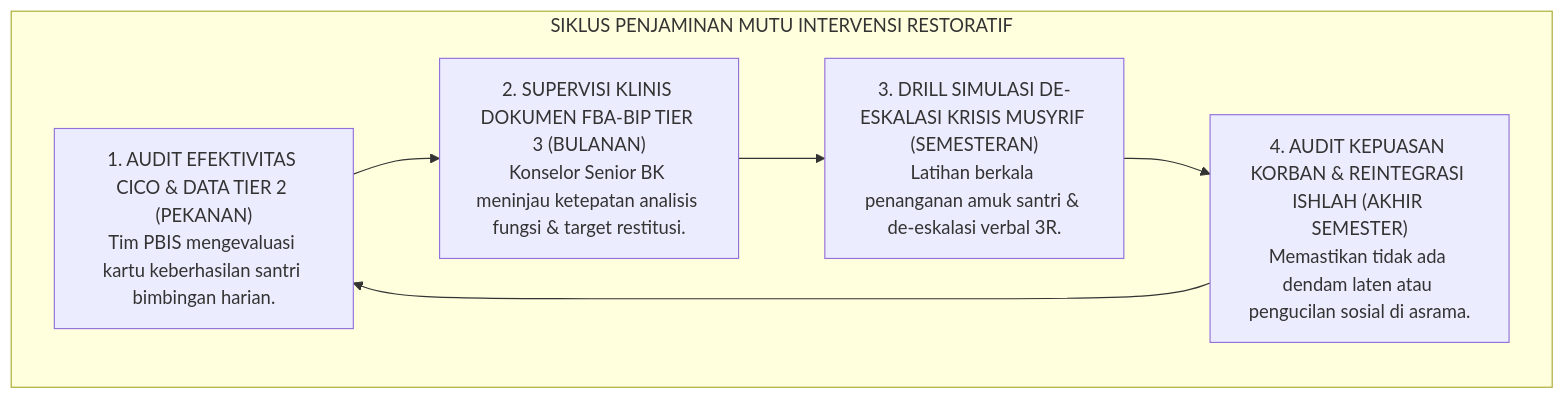
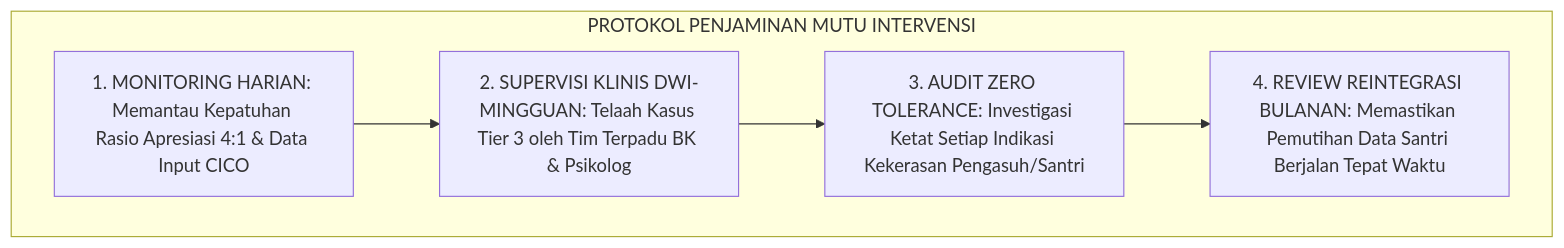
Before and after one commit to wandiapriliyandi/tumbuh: the third of 3 diagrams in 02 Principles/06 Intervention Principles/P2-06-07-Sintesis-Intervention-Principles-TUMBUH.md, drawn with Mermaid. The commit also changed other lines of this file and 7 other files, not shown here.

````diff
--- a/02 Principles/06 Intervention Principles/P2-06-07-Sintesis-Intervention-Principles-TUMBUH.md
+++ b/02 Principles/06 Intervention Principles/P2-06-07-Sintesis-Intervention-Principles-TUMBUH.md
@@ -181,14 +164,9 @@
 ```mermaid
 flowchart TD
-    subgraph SiklusPenjaminanMutuIntervensiTUMBUH["SIKLUS PENJAMINAN MUTU INTERVENSI RESTORATIF"]
-        AuditCICO["1. AUDIT EFEKTIVITAS CICO & DATA TIER 2 (PEKANAN)<br/>Tim PBIS mengevaluasi kartu keberhasilan santri bimbingan harian."]
-        
-        SupervisiFBA["2. SUPERVISI KLINIS DOKUMEN FBA-BIP TIER 3 (BULANAN)<br/>Konselor Senior BK meninjau ketepatan analisis fungsi & target restitusi."]
-        
-        SimulasiDeEskalasi["3. DRILL SIMULASI DE-ESKALASI KRISIS MUSYRIF (SEMESTERAN)<br/>Latihan berkala penanganan amuk santri & de-eskalasi verbal 3R."]
-        
-        AuditRestoratif["4. AUDIT KEPUASAN KORBAN & REINTEGRASI ISHLAH (AKHIR SEMESTER)<br/>Memastikan tidak ada dendam laten atau pengucilan sosial di asrama."]
-        
-        AuditCICO --> SupervisiFBA --> SimulasiDeEskalasi --> AuditRestoratif --> AuditCICO
+    subgraph ProtokolQualityAssuranceIntervensi["PROTOKOL PENJAMINAN MUTU INTERVENSI"]
+        MonitoringLogbookPBIS["1. MONITORING HARIAN: Memantau Kepatuhan Rasio Apresiasi 4:1 & Data Input CICO"]
+        --> SupervisiKlinisBK["2. SUPERVISI KLINIS DWI-MINGGUAN: Telaah Kasus Tier 3 oleh Tim Terpadu BK & Psikolog"]
+        --> AuditZeroViolence["3. AUDIT ZERO TOLERANCE: Investigasi Ketat Setiap Indikasi Kekerasan Pengasuh/Santri"]
+        --> ReviewCleanSlate["4. REVIEW REINTEGRASI BULANAN: Memastikan Pemutihan Data Santri Berjalan Tepat Waktu"]
     end
 ```
````
